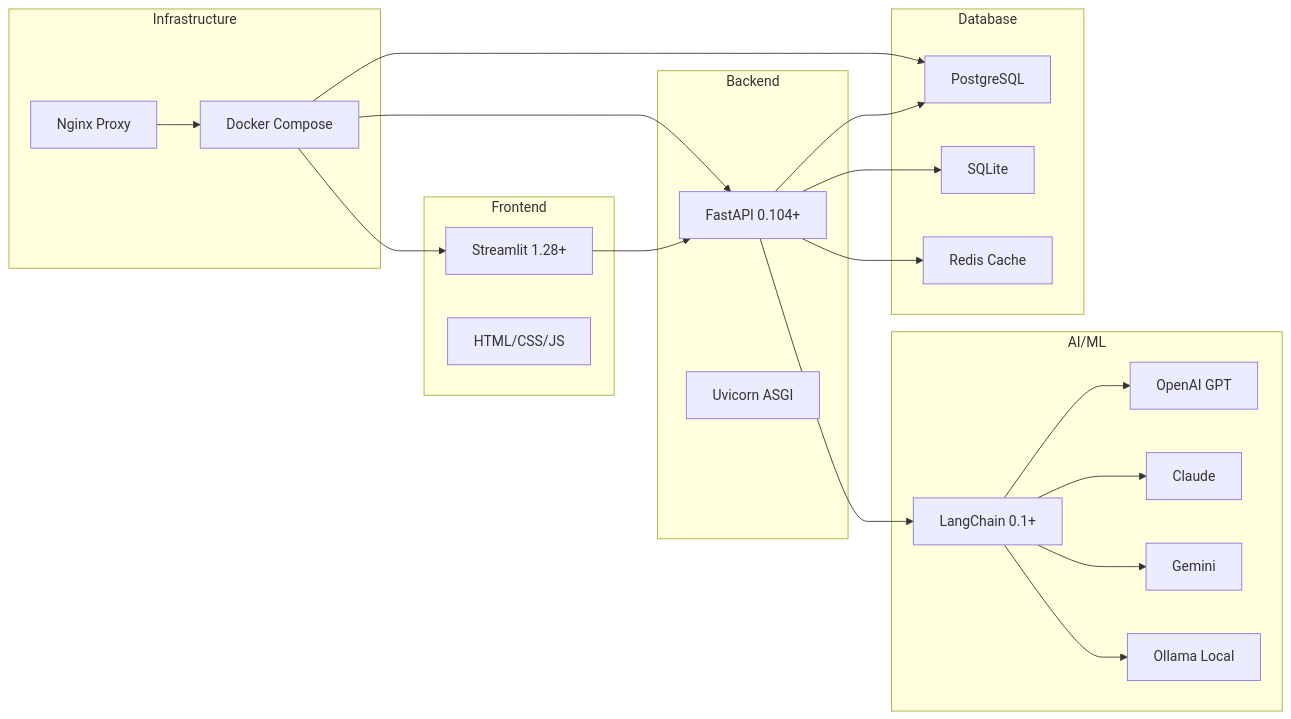
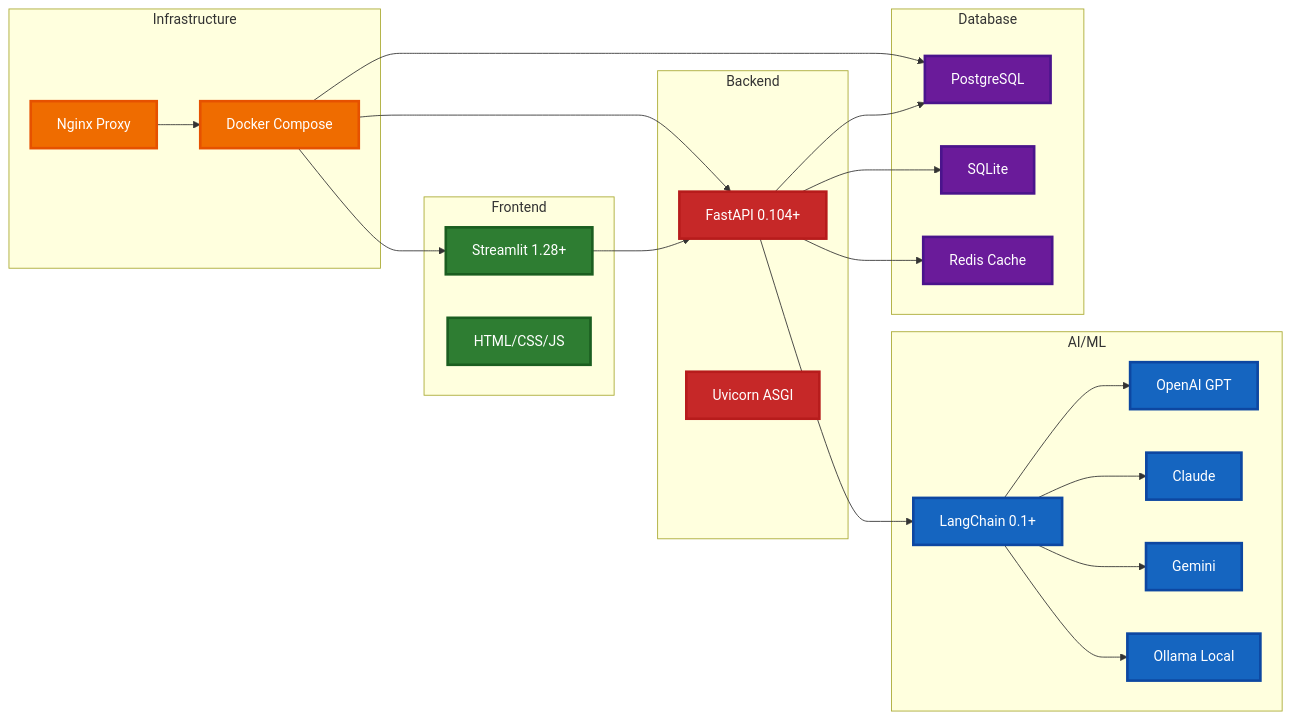
Before and after one commit to kenneth-fernandes/cisc691-a06: the fifth of 8 diagrams in docs/workflow-diagrams.md, drawn with Mermaid. The commit also changed other lines of this file and 1 other file, not shown here.

First line of the commit message:
Enhanced workflow diagrams with high-contrast colors and Docker architecture documentation

````diff
--- a/docs/workflow-diagrams.md
+++ b/docs/workflow-diagrams.md
@@ -219,45 +219,58 @@
 ```mermaid
 graph LR
     subgraph "Frontend"
         ST[Streamlit 1.28+]
         HTML[HTML/CSS/JS]
     end
     
     subgraph "Backend"
         FA[FastAPI 0.104+]
         UV[Uvicorn ASGI]
     end
     
     subgraph "AI/ML"
         LC[LangChain 0.1+]
         OPENAI[OpenAI GPT]
         ANTHROPIC[Claude]
         GOOGLE[Gemini]
         OLLAMA[Ollama Local]
     end
     
     subgraph "Database"
         PG[PostgreSQL]
         SL[SQLite]
         CACHE[Redis Cache]
     end
     
     subgraph "Infrastructure"
         DOCKER[Docker Compose]
         NGINX[Nginx Proxy]
     end
     
     ST --> FA
     FA --> LC
     LC --> OPENAI
     LC --> ANTHROPIC
     LC --> GOOGLE
     LC --> OLLAMA
     FA --> PG
     FA --> SL
     FA --> CACHE
     DOCKER --> ST
     DOCKER --> FA
     DOCKER --> PG
     NGINX --> DOCKER
+    
+    %% Styling with vibrant contrasting colors
+    classDef frontend fill:#2e7d32,stroke:#1b5e20,stroke-width:3px,color:#ffffff
+    classDef backend fill:#c62828,stroke:#b71c1c,stroke-width:3px,color:#ffffff
+    classDef aiml fill:#1565c0,stroke:#0d47a1,stroke-width:3px,color:#ffffff
+    classDef database fill:#6a1b9a,stroke:#4a148c,stroke-width:3px,color:#ffffff
+    classDef infrastructure fill:#ef6c00,stroke:#e65100,stroke-width:3px,color:#ffffff
+    
+    class ST,HTML frontend
+    class FA,UV backend
+    class LC,OPENAI,ANTHROPIC,GOOGLE,OLLAMA aiml
+    class PG,SL,CACHE database
+    class DOCKER,NGINX infrastructure
 ```
````
